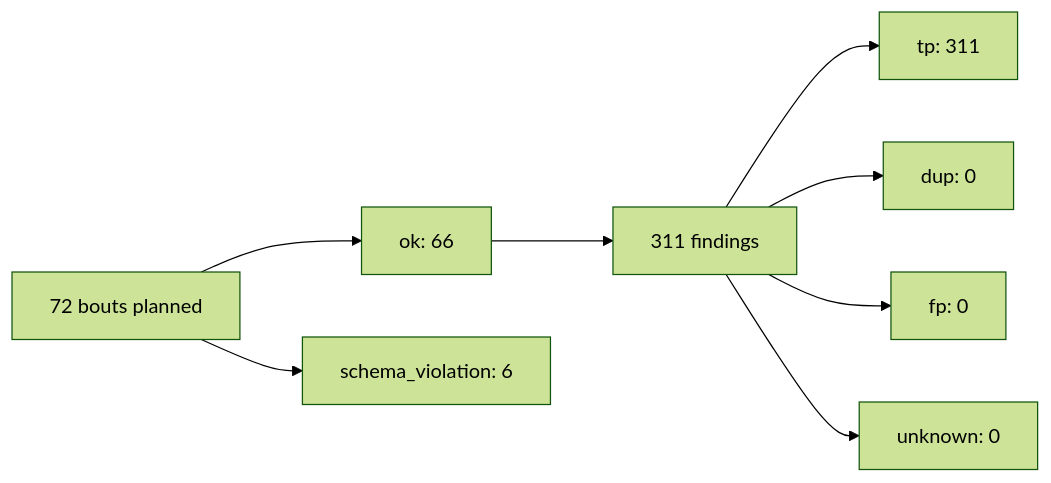
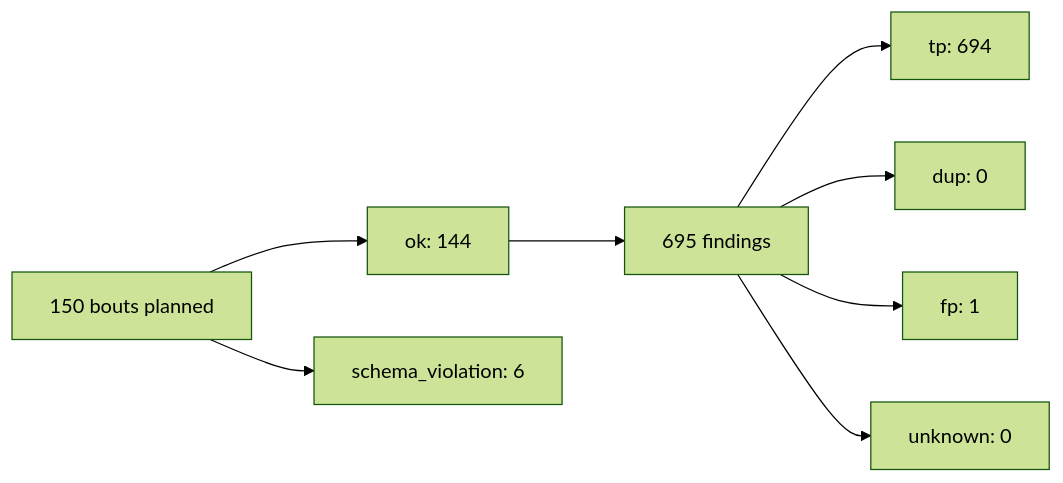
Before and after one commit to thereisnotime/skillordeal-trials: the first of 2 diagrams in trials/2026-09-secure-coding-audit/rounds/r01/RESULTS.md, drawn with Mermaid (forest theme). The commit also changed other lines of this file and 152 other files, not shown here.

First line of the commit message:
Publish the full r01 (150 bouts) with detailed charts, and make the READMEs easier to navigate

````diff
--- a/trials/2026-09-secure-coding-audit/rounds/r01/RESULTS.md
+++ b/trials/2026-09-secure-coding-audit/rounds/r01/RESULTS.md
@@ -23,18 +39,18 @@
 ```mermaid
 flowchart LR
-    n0["72 bouts planned"]
-    n1["ok: 66"]
+    n0["150 bouts planned"]
+    n1["ok: 144"]
     n0 --> n1
     n2["schema_violation: 6"]
     n0 --> n2
-    n3["311 findings"]
+    n3["695 findings"]
     n1 --> n3
-    n4["tp: 311"]
+    n4["tp: 694"]
     n3 --> n4
     n5["dup: 0"]
     n3 --> n5
-    n6["fp: 0"]
+    n6["fp: 1"]
     n3 --> n6
     n7["unknown: 0"]
     n3 --> n7
 ```
````
